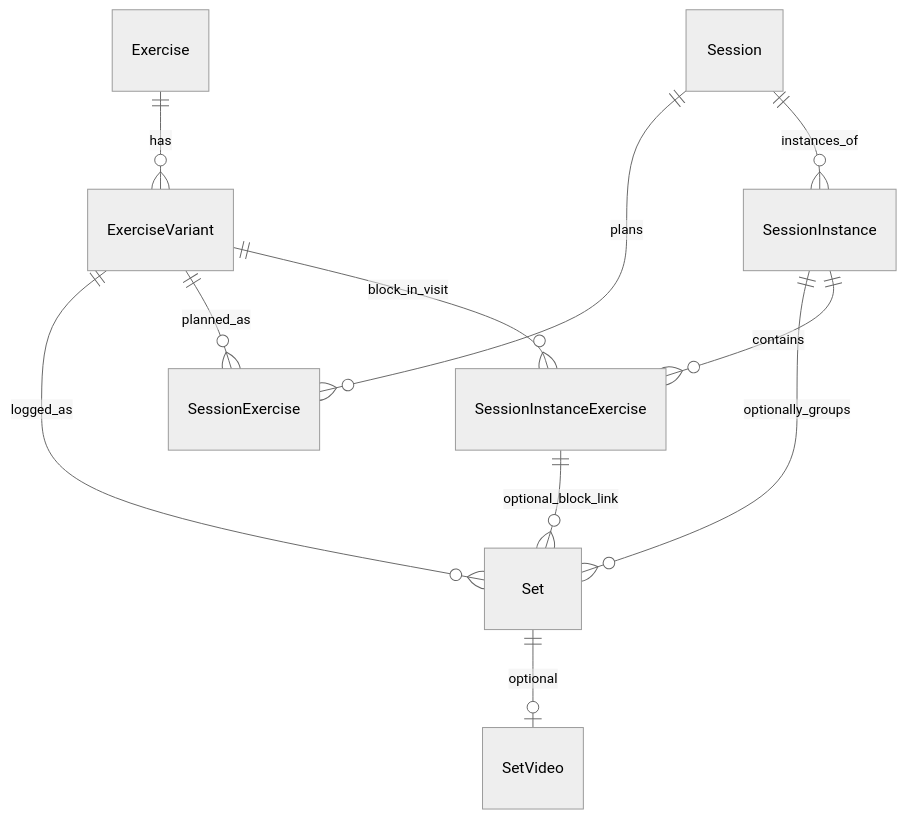
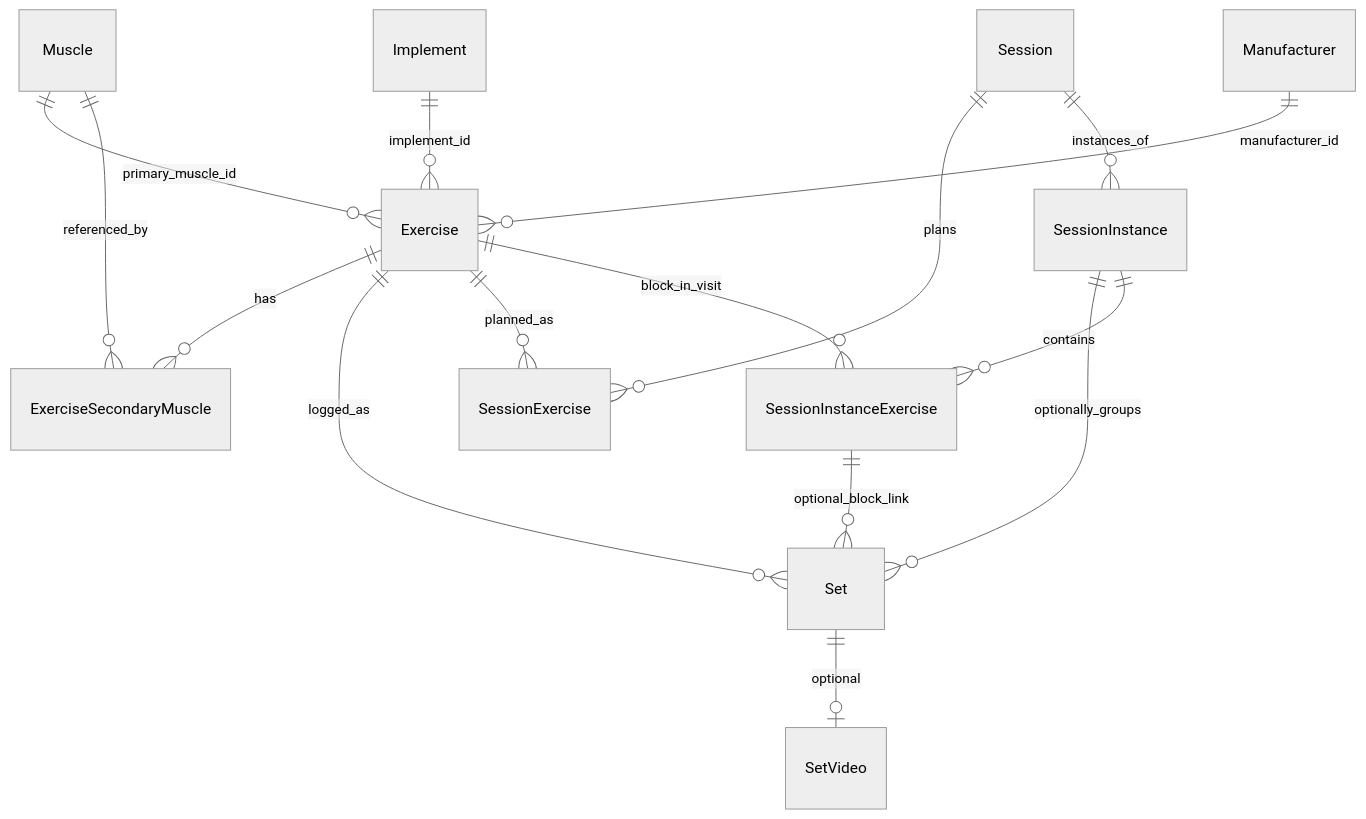
One commit to DavidLaMartina/your-set changed the diagram in docs/data-model.md. Above: the diagram before and after it, drawn with Mermaid (neutral theme). The commit also changed other lines of this file and 50 other files, not shown here.

First line of the commit message:
Complete Phase 3b logging and flatten exercises into schema v5.

````diff
--- a/docs/data-model.md
+++ b/docs/data-model.md
@@ -62,13 +66,17 @@
 ```mermaid
 erDiagram
-  Exercise ||--o{ ExerciseVariant : has
-  ExerciseVariant ||--o{ Set : logged_as
+  Implement ||--o{ Exercise : implement_id
+  Muscle ||--o{ Exercise : primary_muscle_id
+  Manufacturer ||--o{ Exercise : manufacturer_id
+  Exercise ||--o{ ExerciseSecondaryMuscle : has
+  Muscle ||--o{ ExerciseSecondaryMuscle : referenced_by
+  Exercise ||--o{ Set : logged_as
   Session ||--o{ SessionExercise : plans
-  ExerciseVariant ||--o{ SessionExercise : planned_as
+  Exercise ||--o{ SessionExercise : planned_as
   Session ||--o{ SessionInstance : instances_of
   SessionInstance ||--o{ Set : optionally_groups
   SessionInstance ||--o{ SessionInstanceExercise : contains
-  ExerciseVariant ||--o{ SessionInstanceExercise : block_in_visit
+  Exercise ||--o{ SessionInstanceExercise : block_in_visit
   SessionInstanceExercise ||--o{ Set : optional_block_link
   Set ||--o| SetVideo : optional
 ```
````
